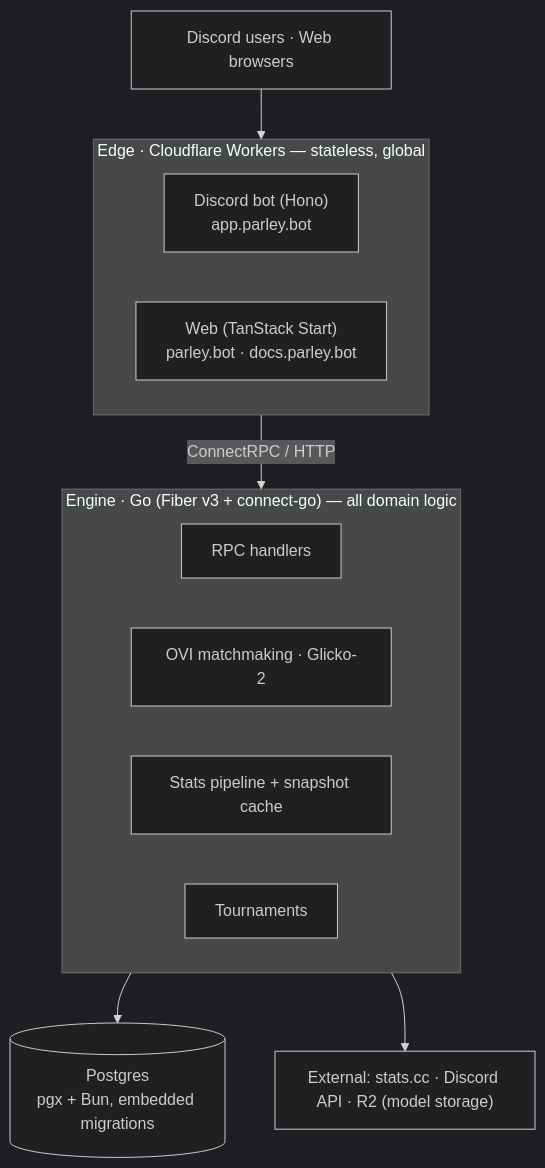
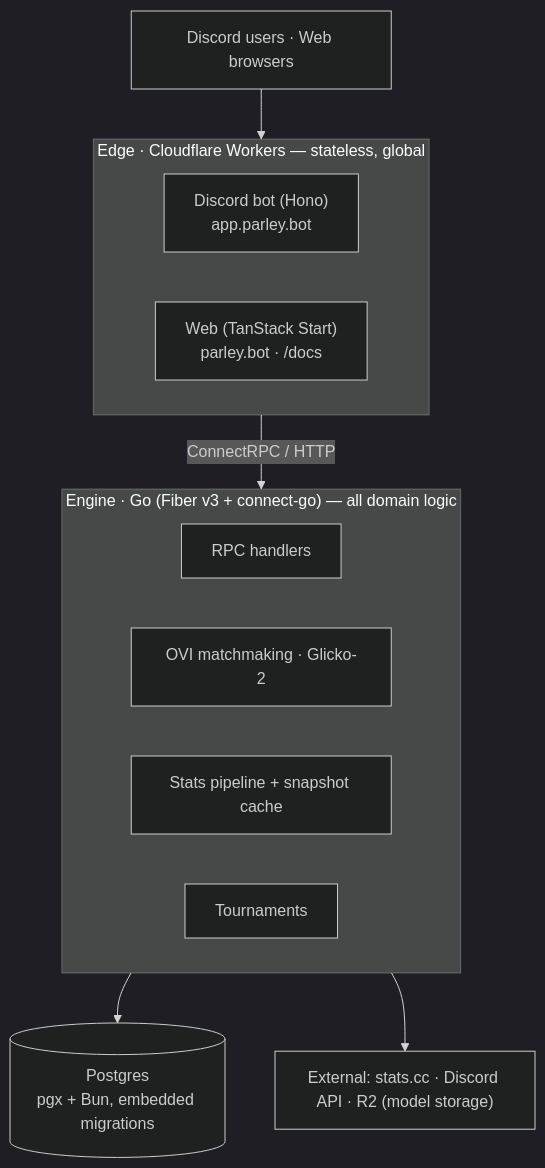
Before and after one commit to bake-computers/parley: the diagram in README.md, drawn with Mermaid (dark theme). The commit also changed other lines of this file and 173 other files, not shown here.

First line of the commit message:
feat(web): move user docs to parley.bot/docs

````diff
--- a/README.md
+++ b/README.md
@@ -184,24 +184,24 @@
 ```mermaid
 flowchart TB
     clients["Discord users · Web browsers"]
 
     subgraph edge["Edge · Cloudflare Workers — stateless, global"]
         bot["Discord bot (Hono)<br/>app.parley.bot"]
-        web["Web (TanStack Start)<br/>parley.bot · docs.parley.bot"]
+        web["Web (TanStack Start)<br/>parley.bot · /docs"]
     end
 
     subgraph engine["Engine · Go (Fiber v3 + connect-go) — all domain logic"]
         rpc["RPC handlers"]
         mm["OVI matchmaking · Glicko-2"]
         stats["Stats pipeline + snapshot cache"]
         tourney["Tournaments"]
     end
 
     db[("Postgres<br/>pgx + Bun, embedded migrations")]
     ext["External: stats.cc · Discord API · R2 (model storage)"]
 
     clients --> edge
     edge -->|"ConnectRPC / HTTP"| engine
     engine --> db
     engine --> ext
 ```
````
